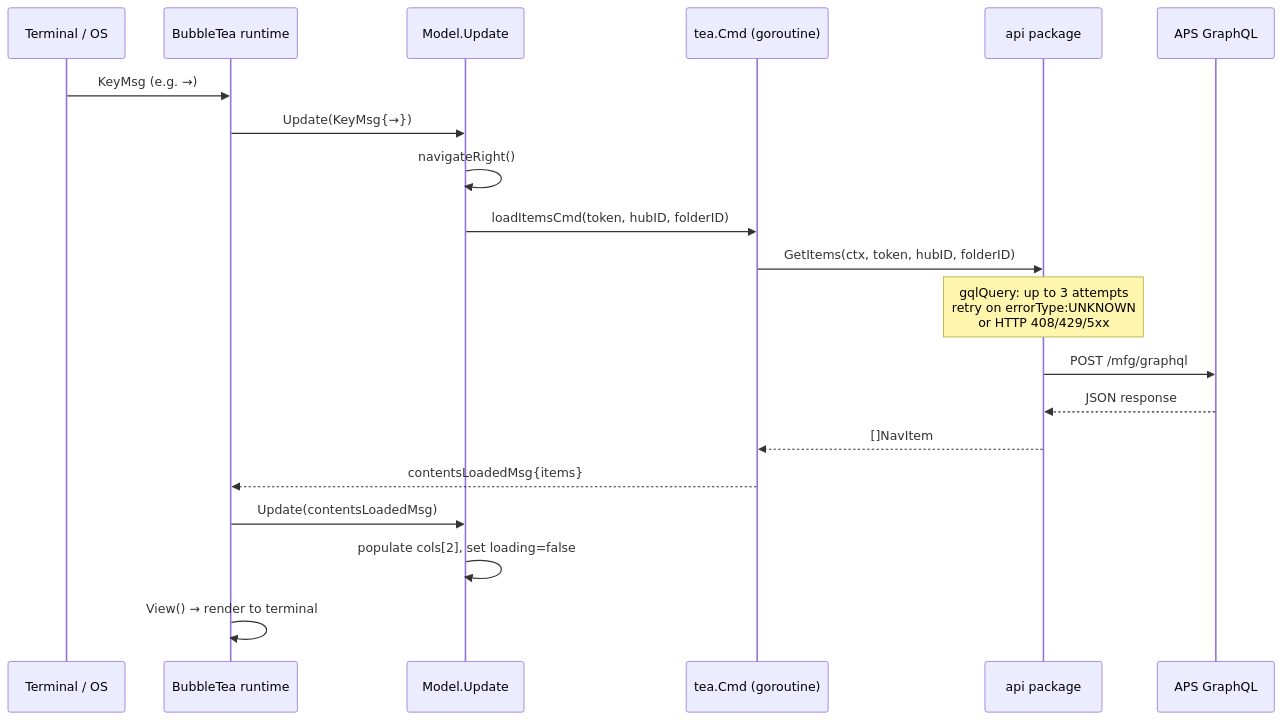
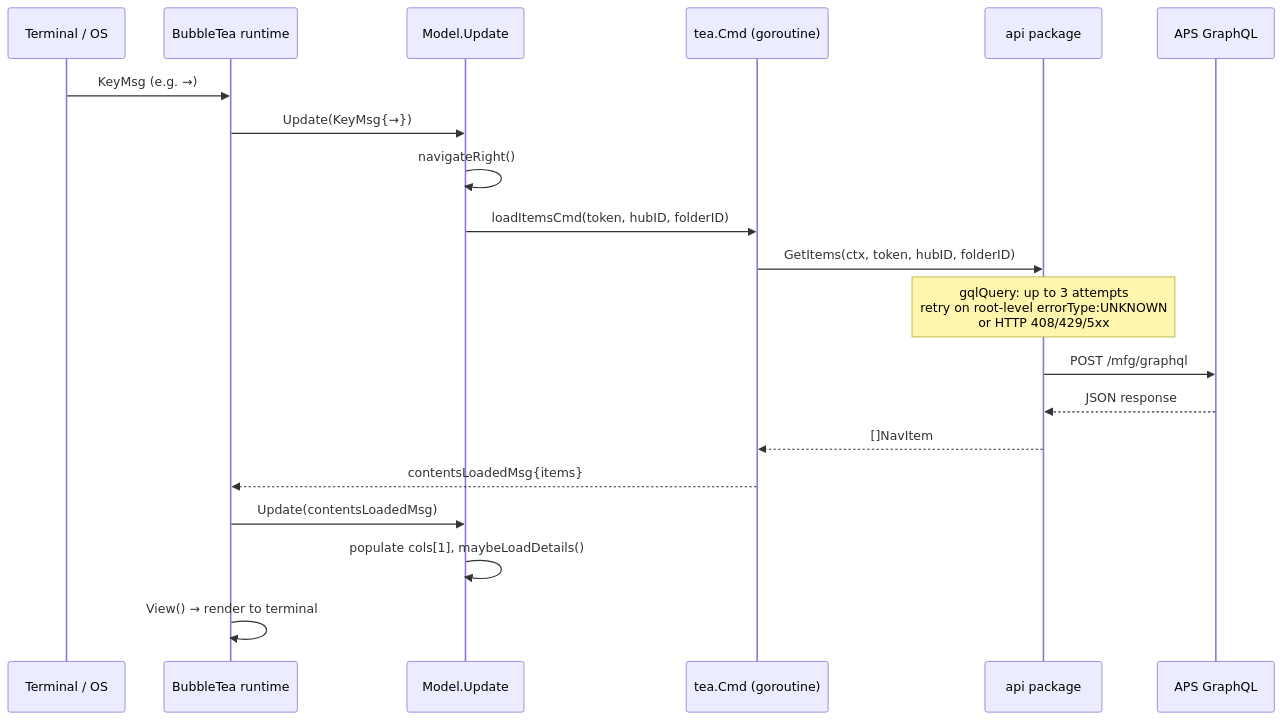
Before and after one commit to schneik80/FusionDataCLI: the fifth of 6 diagrams in docs/architecture.md, drawn with Mermaid. The commit also changed other lines of this file and 6 other files, not shown here.

````diff
--- a/docs/architecture.md
+++ b/docs/architecture.md
@@ -123,23 +125,23 @@
 ```mermaid
 sequenceDiagram
     participant OS as Terminal / OS
     participant BT as BubbleTea runtime
     participant Update as Model.Update
     participant Cmd as tea.Cmd (goroutine)
     participant API as api package
     participant APS as APS GraphQL
 
     OS->>BT: KeyMsg (e.g. →)
     BT->>Update: Update(KeyMsg{→})
     Update->>Update: navigateRight()
     Update->>Cmd: loadItemsCmd(token, hubID, folderID)
     Cmd->>API: GetItems(ctx, token, hubID, folderID)
-    Note over API: gqlQuery: up to 3 attempts<br/>retry on errorType:UNKNOWN<br/>or HTTP 408/429/5xx
+    Note over API: gqlQuery: up to 3 attempts<br/>retry on root-level errorType:UNKNOWN<br/>or HTTP 408/429/5xx
     API->>APS: POST /mfg/graphql
     APS-->>API: JSON response
     API-->>Cmd: []NavItem
     Cmd-->>BT: contentsLoadedMsg{items}
     BT->>Update: Update(contentsLoadedMsg)
-    Update->>Update: populate cols[2], set loading=false
+    Update->>Update: populate cols[1], maybeLoadDetails()
     BT->>BT: View() → render to terminal
 ```
````
